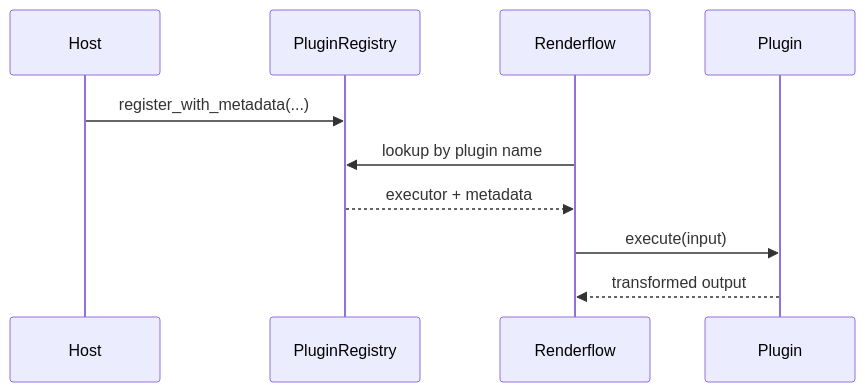
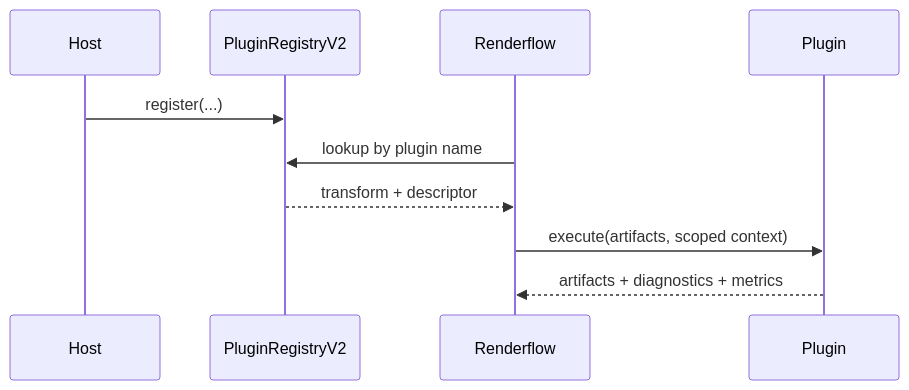
Before and after one commit to egohygiene/renderflow: the diagram in docs/architecture/plugin-architecture.md, drawn with Mermaid. The commit also changed other lines of this file and 17 other files, not shown here.

````diff
--- a/docs/architecture/plugin-architecture.md
+++ b/docs/architecture/plugin-architecture.md
@@ -17,12 +23,12 @@
 ```mermaid
 sequenceDiagram
   participant Host
-  participant Registry as PluginRegistry
+  participant Registry as PluginRegistryV2
   participant RF as Renderflow
   participant Plugin
-  Host->>Registry: register_with_metadata(...)
+  Host->>Registry: register(...)
   RF->>Registry: lookup by plugin name
-  Registry-->>RF: executor + metadata
-  RF->>Plugin: execute(input)
-  Plugin-->>RF: transformed output
+  Registry-->>RF: transform + descriptor
+  RF->>Plugin: execute(artifacts, scoped context)
+  Plugin-->>RF: artifacts + diagnostics + metrics
 ```
````
